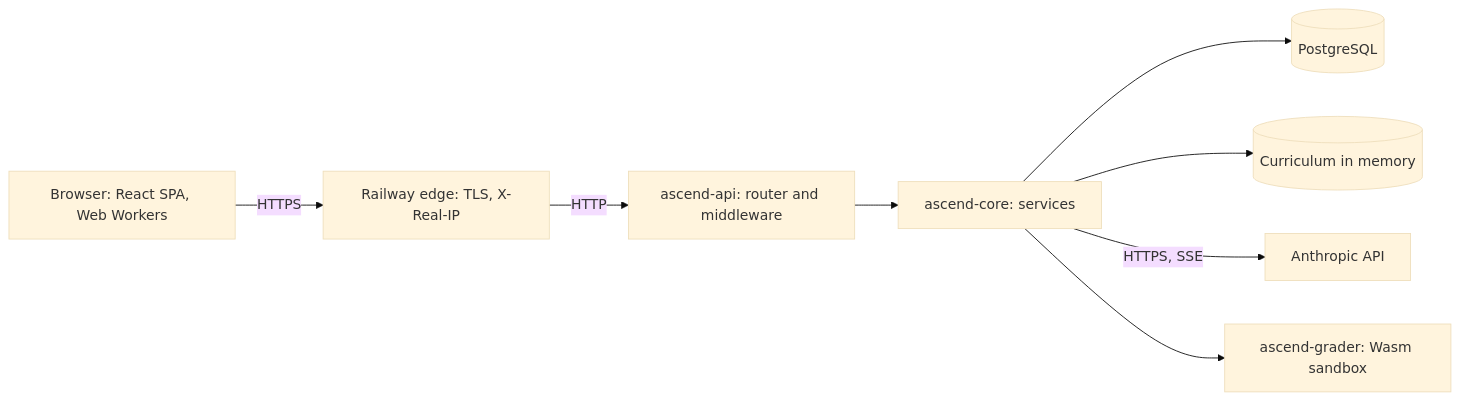
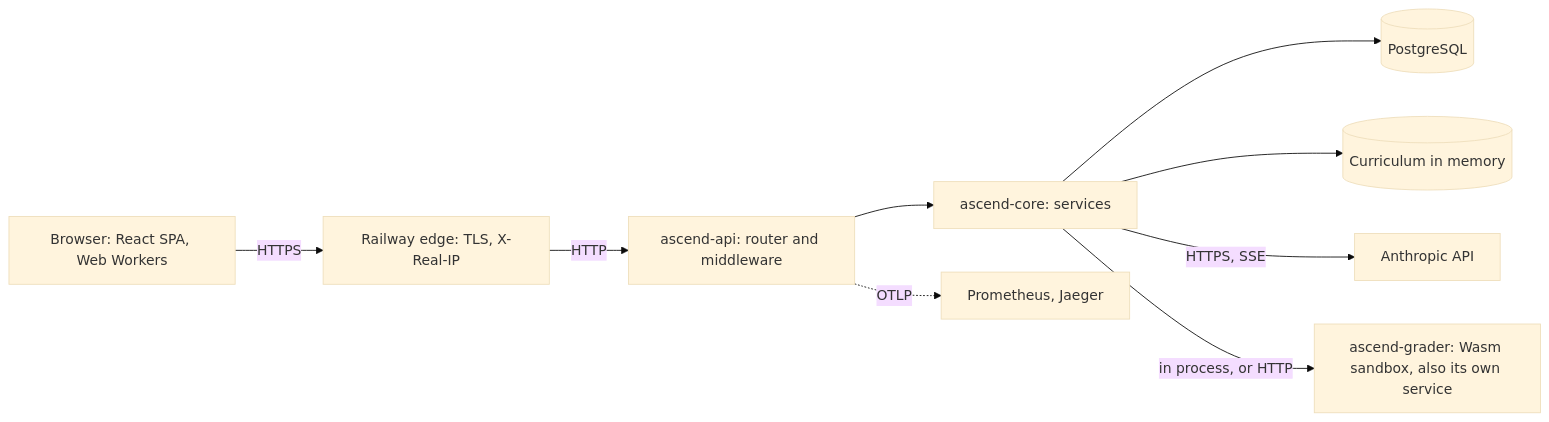
Before and after one commit to thull32/ascend: the diagram in content/tracks/14-case-study-ascend/01-the-system/01-tour-of-the-repository.md, drawn with Mermaid (base theme). The commit also changed other lines of this file and 27 other files, not shown here.

````diff
--- a/content/tracks/14-case-study-ascend/01-the-system/01-tour-of-the-repository.md
+++ b/content/tracks/14-case-study-ascend/01-the-system/01-tour-of-the-repository.md
@@ -15,10 +15,11 @@
 ```mermaid
 flowchart LR
   B["Browser: React SPA, Web Workers"] -->|HTTPS| E["Railway edge: TLS, X-Real-IP"]
   E -->|HTTP| A["ascend-api: router and middleware"]
   A --> C["ascend-core: services"]
   C --> P[("PostgreSQL")]
   C --> M[("Curriculum in memory")]
   C -->|HTTPS, SSE| AN["Anthropic API"]
-  C --> G["ascend-grader: Wasm sandbox"]
+  C -->|in process, or HTTP| G["ascend-grader: Wasm sandbox, also its own service"]
+  A -.->|OTLP| O["Prometheus, Jaeger"]
 ```
````
